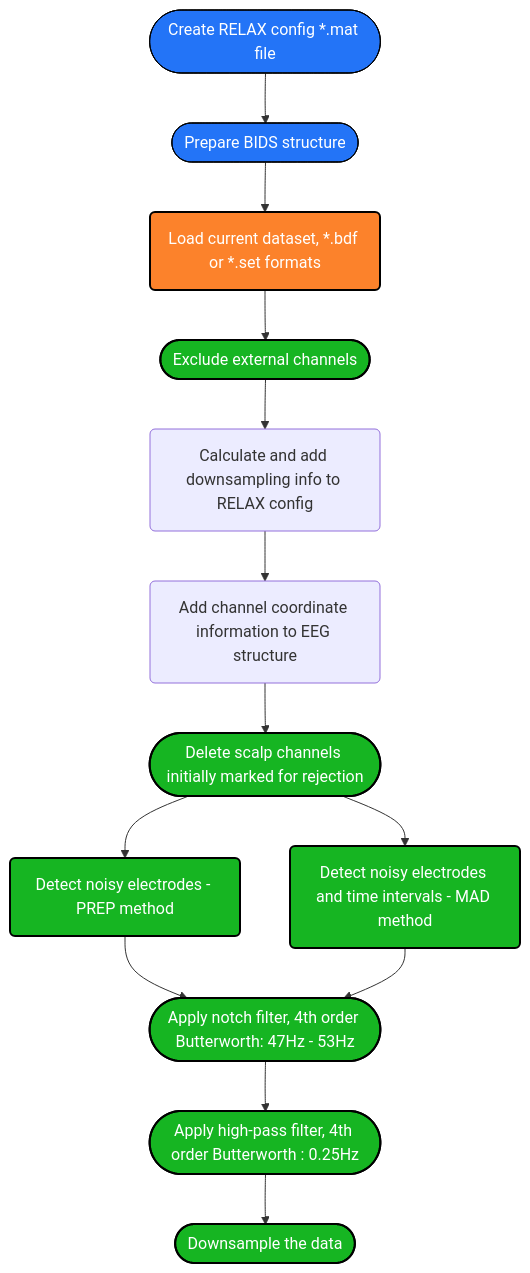
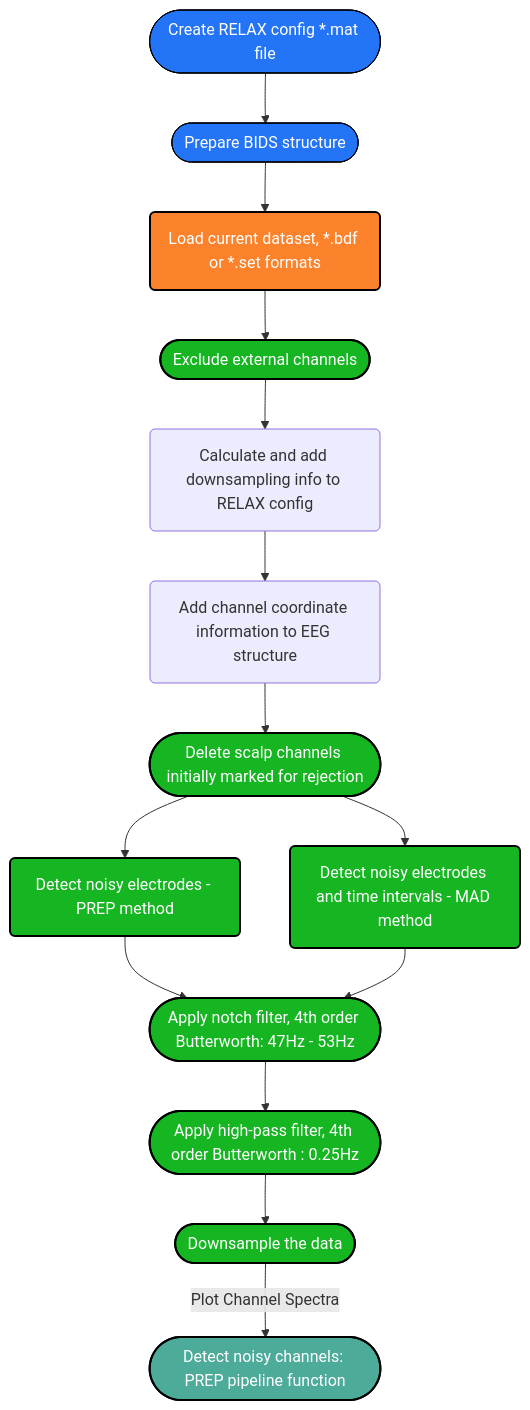
The diagram in Pipeline_Datafow_Chart.md (deebeebolger/Project_CeLaVie), drawn with Mermaid before and after one commit.

````diff
--- a/Pipeline_Datafow_Chart.md
+++ b/Pipeline_Datafow_Chart.md
@@ -1,36 +1,37 @@
 ```mermaid
 flowchart TD
 %% Colors %%
 
 classDef blue fill:#2374f7, stroke:#000, stroke-width: px, color:#fff
 classDef orange fill:#fc822b,stroke:#000,stroke-width:2px,color:#fff
 classDef green fill:#16b522,stroke:#000,stroke-width:2px,color:#fff
 classDef mintgreen fill:#4DAB9A,stroke:#000,stroke-width:2px,color:#fff
 classDef mandarine fill:#FFA344,stroke:#000,stroke-width:2px,color:#fff
 classDef aubergine fill:#9A6DD7,stroke:#000,stroke-width:2px,color:#fff
 classDef red fill:#D44C47,stroke:#000,stroke-width:2px,color:#fff
 classDef grey fill:#979A9B,stroke:#000,stroke-width:2px,color:#fff
 
 
 Config([Create RELAX config *.mat file]):::blue -->
 BIDS([Prepare BIDS structure]):::blue
 click Config "https://github.com/deebeebolger/Project_CeLaVie/blob/main/DataflowChart_pages/Create_RELAX_conf_file.md" "Link"
 click BIDS "https://github.com/deebeebolger/Project_CeLaVie/blob/main/DataflowChart_pages/BIDS_structure.md" "Link"
 BIDS --> Ld(Load current dataset, *.bdf or *.set formats):::orange
 --> EXRej([Exclude external channels]):::green
 click EXRej "https://github.com/deebeebolger/Project_CeLaVie/blob/main/DataflowChart_pages/Exclude_external_chans.md" _blank
 EXRej --> AddRS(Calculate and add downsampling info to RELAX config)
 click AddRS "https://github.com/deebeebolger/Project_CeLaVie/blob/main/DataflowChart_pages/Downsampling.md" "Link"
 AddRS --> AddChan(Add channel coordinate information to EEG structure)
 click AddChan "https://github.com/deebeebolger/Project_CeLaVie/blob/main/DataflowChart_pages/Add_Channels_coordinates.md" "Link"
 AddChan --> ScalpRej([Delete scalp channels initially marked for rejection]):::green
 ScalpRej --> BadChanDetect(Detect noisy electrodes - PREP method):::green
 ScalpRej --> BadChanTimeDetect(Detect noisy electrodes and time intervals - MAD method):::green
 click BadChanDetect "https://github.com/deebeebolger/Project_CeLaVie/blob/main/DataflowChart_pages/BadChannelDetect_PREP.md" "Link"
 click BadChanTimeDetect "https://github.com/deebeebolger/Project_CeLaVie/blob/main/DataflowChart_pages/Bad_ChannelTime_Detect_MAD.md" "Link"
 BadChanDetect --> Notch([Apply notch filter, 4th order Butterworth: 47Hz - 53Hz]):::green
 BadChanTimeDetect --> Notch([Apply notch filter, 4th order Butterworth: 47Hz - 53Hz]):::green
 click Notch "https://github.com/deebeebolger/Project_CeLaVie/blob/main/DataflowChart_pages/Filtering.md" "Link"
 Notch --> HPfilt([Apply high-pass filter, 4th order Butterworth : 0.25Hz]):::green
 HPfilt --> RSamp([Downsample the data]):::green
+RSamp -->|Plot Channel Spectra|Prep([Detect noisy channels: PREP pipeline function]):::mintgreen
 ```
````
